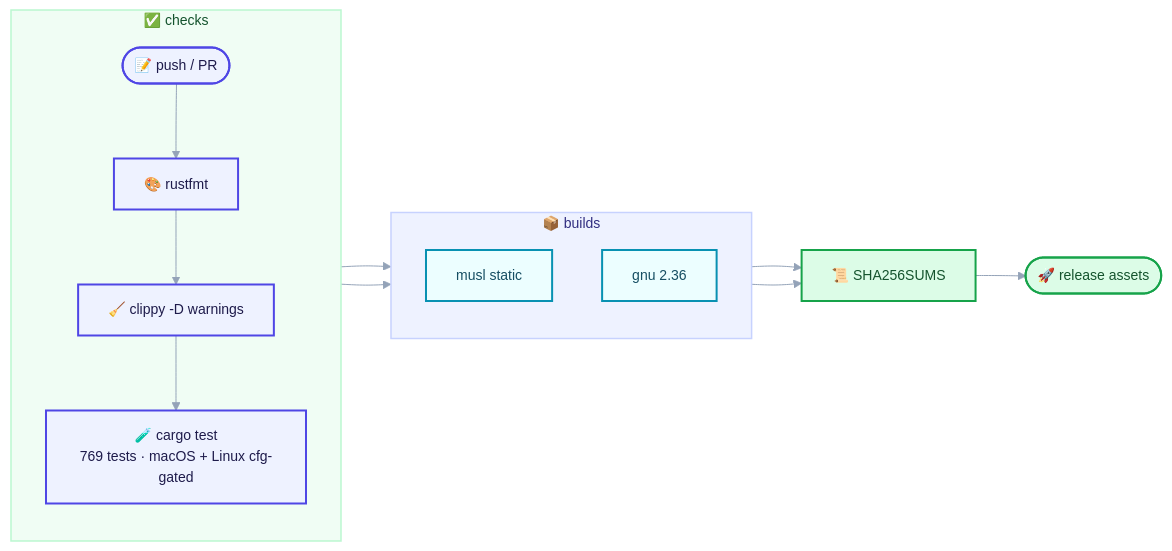
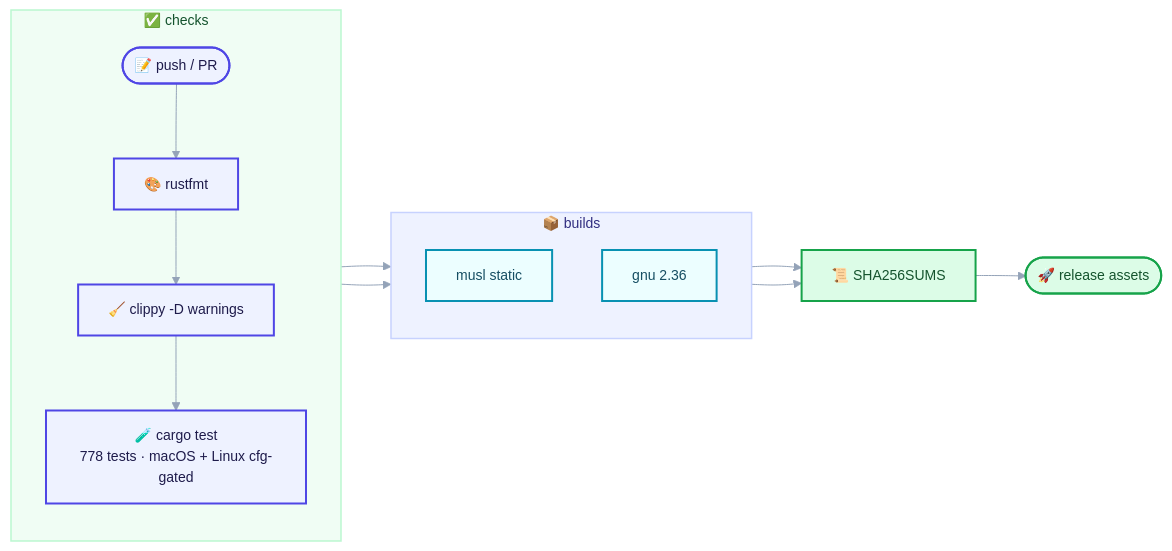
Before and after one commit to Terutoki/MyQUIC2: diagram 31 of 31 in README.md, drawn with Mermaid. The commit also changed other lines of this file, not shown here.

````diff
--- a/README.md
+++ b/README.md
@@ -2202,30 +2202,30 @@
 ```mermaid
 %%{init: {"theme":"base","themeVariables":{"fontSize":"14px","lineColor":"#94a3b8","textColor":"#0f172a","edgeLabelBackground":"#f8fafc"}}}%%
 flowchart LR
     accTitle: Continuous integration and release pipeline
     accDescr: Formatting, Clippy, and the full test suite gate two static builds, whose artifacts are hashed and published as release assets.
     subgraph CHECK["✅ checks"]
         direction TB
         C(["📝 push / PR"]) --> F["🎨 rustfmt"]
         F --> L["🧹 clippy -D warnings"]
-        L --> T["🧪 cargo test<br/>769 tests · macOS + Linux cfg-gated"]
+        L --> T["🧪 cargo test<br/>778 tests · macOS + Linux cfg-gated"]
     end
     subgraph BUILD["📦 builds"]
         direction TB
         M["musl static"]
         G["gnu 2.36"]
     end
     T --> M
     T --> G
     M --> A["📜 SHA256SUMS"]
     G --> A
     A --> R(["🚀 release assets"])
     classDef tunnel fill:#eef2ff,stroke:#4f46e5,stroke-width:2px,color:#1e1b4b
     classDef wire fill:#ecfeff,stroke:#0891b2,stroke-width:2px,color:#164e63
     classDef edge fill:#dcfce7,stroke:#16a34a,stroke-width:2px,color:#14532d
     class C,F,L,T tunnel
     class M,G wire
     class A,R edge
     style CHECK fill:#f0fdf4,stroke:#bbf7d0,stroke-width:1.5px,color:#14532d
     style BUILD fill:#eef2ff,stroke:#c7d2fe,stroke-width:1.5px,color:#312e81
 ```
````
